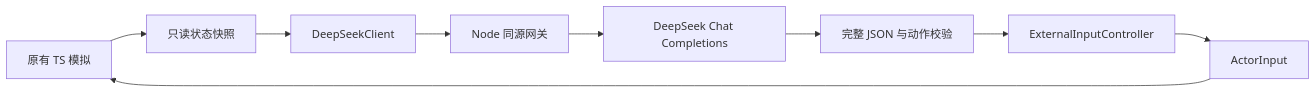
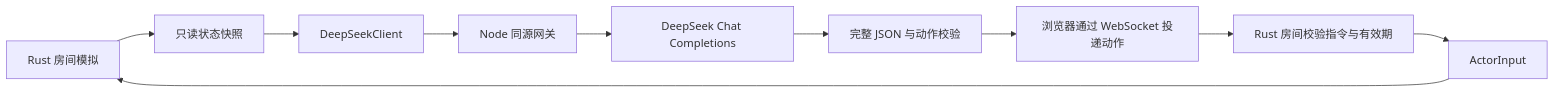
The diagram in docs/DEEPSEEK.md (aliez-zero/gun-brawl), drawn with Mermaid before and after one commit. The commit also changed other lines of this file and 106 other files, not shown here.

````diff
--- a/docs/DEEPSEEK.md
+++ b/docs/DEEPSEEK.md
@@ -50,11 +50,12 @@
 ```mermaid
 flowchart LR
-    Sim[原有 TS 模拟] --> Obs[只读状态快照]
+    Sim[Rust 房间模拟] --> Obs[只读状态快照]
     Obs --> Client[DeepSeekClient]
     Client --> Gateway[Node 同源网关]
     Gateway --> API[DeepSeek Chat Completions]
     API --> Gate[完整 JSON 与动作校验]
-    Gate --> Mailbox[ExternalInputController]
+    Gate --> WS[浏览器通过 WebSocket 投递动作]
+    WS --> Mailbox[Rust 房间校验指令与有效期]
     Mailbox --> Input[ActorInput]
     Input --> Sim
 ```
````
